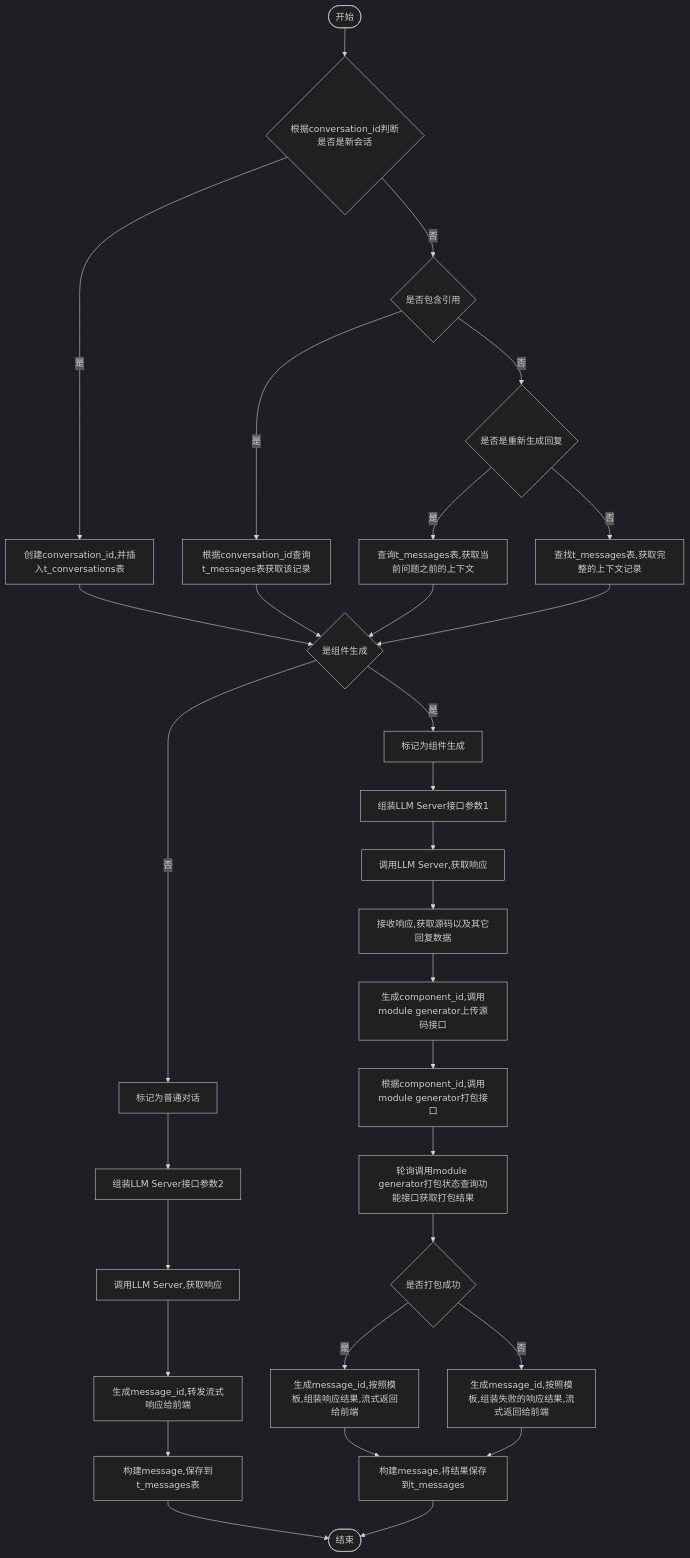
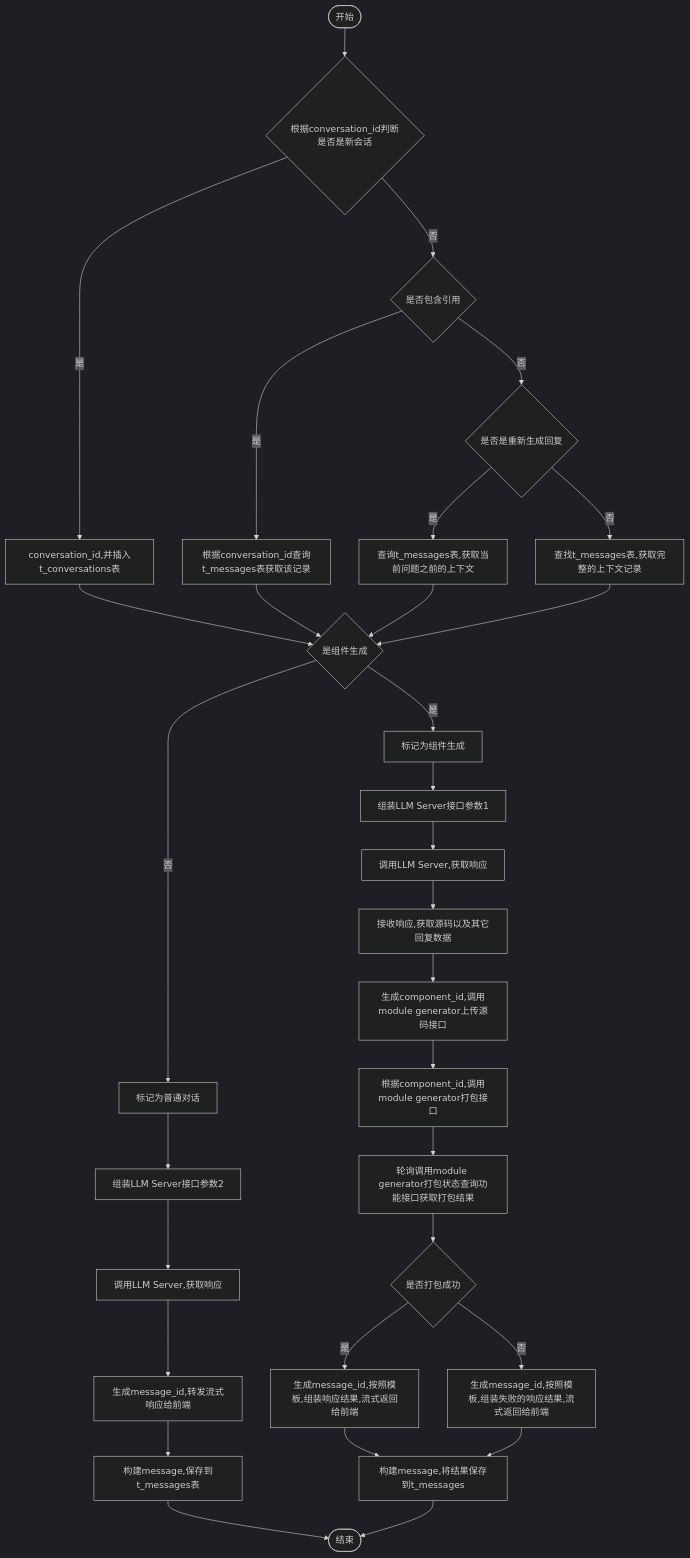
Before and after one commit to yingjianzh/iodraw-files: the diagram in all/未命名-7.md, drawn with Mermaid (dark theme).

Commit message:
2024-10-12 17:08:26 update

````diff
--- a/all/未命名-7.md
+++ b/all/未命名-7.md
@@ -1,35 +1,35 @@
 ```mermaid
 flowchart TD
     A([开始]) --> B{根据conversation_id判断是否是新会话}
-    B -- 是 --> C[创建conversation_id,并插入t_conversations表]
+    B -- 是 --> C[conversation_id,并插入t_conversations表]
     B -- 否 --> D{是否包含引用}
     D -- 是 --> E[根据conversation_id查询t_messages表获取该记录]
     D -- 否 --> F{是否是重新生成回复}
     F -- 是 --> G[查询t_messages表,获取当前问题之前的上下文]
     F -- 否 --> H[查找t_messages表,获取完整的上下文记录]
      
     C & E & G & H --> I{是组件生成}
     I -- 是 --> J[标记为组件生成]
     I -- 否 --> K[标记为普通对话]
 
 
     J --> L[组装LLM Server接口参数1]    
     K --> M[组装LLM Server接口参数2]    
     M --> N[调用LLM Server,获取响应]    
     N --> O[生成message_id,转发流式响应给前端]
     O --> P[构建message,保存到t_messages表]
     P --> R([结束])
 
 
     L --> S[调用LLM Server,获取响应]
     S --> T[接收响应,获取源码以及其它回复数据]
     T --> U[生成component_id,调用module generator上传源码接口]
     U --> V[根据component_id,调用module generator打包接口]
     V --> W[轮询调用module generator打包状态查询功能接口获取打包结果]
     W --> X{是否打包成功}
     X -- 是 --> Y[生成message_id,按照模板,组装响应结果,流式返回给前端]
     X -- 否 --> Z[生成message_id,按照模板,组装失败的响应结果,流式返回给前端]
 
     Y & Z --> Result[构建message,将结果保存到t_messages]
     Result --> R
 ```
````
